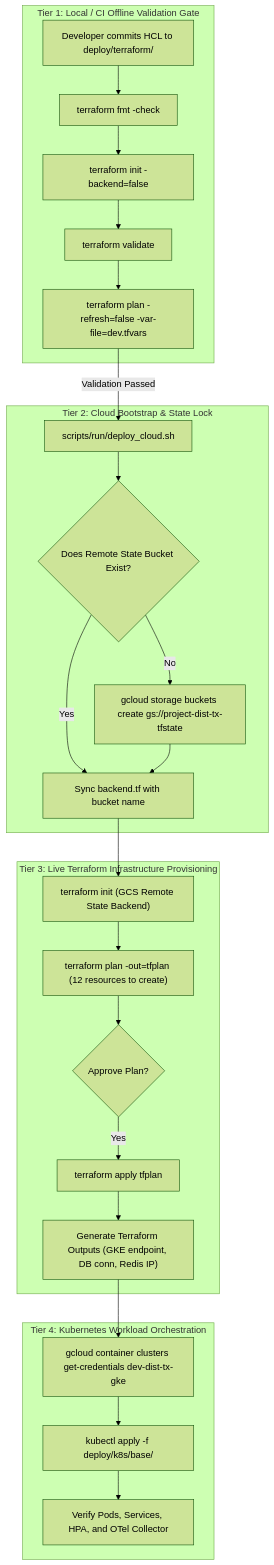
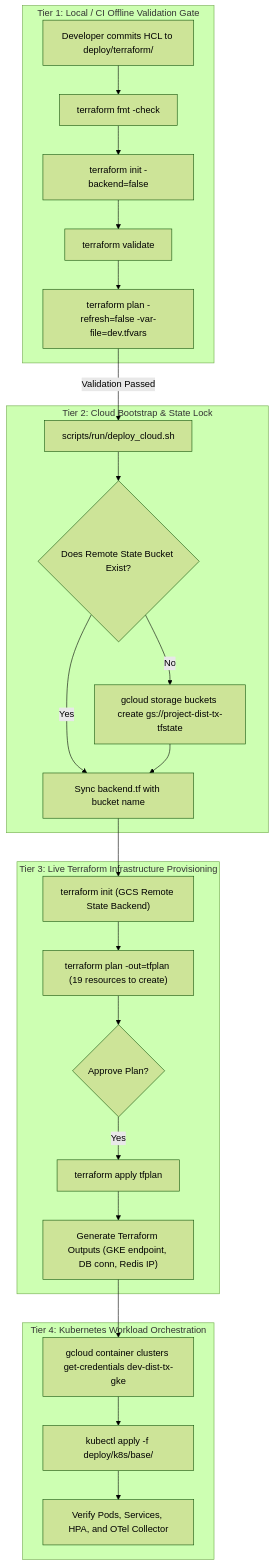
The third of 8 diagrams in docs/features/terraform/diagrams.md (Chief-Strategist-J/distributed-transaction-engine), drawn with Mermaid (forest theme) before and after one commit. The commit also changed other lines of this file and 2 other files, not shown here.

Commit message:
feat(terraform): add Cloud NAT, firewall rules hierarchy, NEGs, IAP bastion host, and comprehensive diagrams

````diff
--- a/docs/features/terraform/diagrams.md
+++ b/docs/features/terraform/diagrams.md
@@ -103,34 +103,34 @@
 ```mermaid
 graph TD
     subgraph "Tier 1: Local / CI Offline Validation Gate"
         CodeCommit["Developer commits HCL to deploy/terraform/"]
         FmtCheck["terraform fmt -check"]
         InitOffline["terraform init -backend=false"]
         Validate["terraform validate"]
         DryRunPlan["terraform plan -refresh=false -var-file=dev.tfvars"]
         
         CodeCommit --> FmtCheck --> InitOffline --> Validate --> DryRunPlan
     end
 
     subgraph "Tier 2: Cloud Bootstrap & State Lock"
         DryRunPlan -->|Validation Passed| RunBootstrap["scripts/run/deploy_cloud.sh"]
         RunBootstrap --> CheckBucket{"Does Remote State Bucket Exist?"}
         CheckBucket -->|No| CreateGCS["gcloud storage buckets create gs://project-dist-tx-tfstate"]
         CheckBucket -->|Yes| SyncBackend["Sync backend.tf with bucket name"]
         CreateGCS --> SyncBackend
     end
 
     subgraph "Tier 3: Live Terraform Infrastructure Provisioning"
         SyncBackend --> RealInit["terraform init (GCS Remote State Backend)"]
-        RealInit --> RealPlan["terraform plan -out=tfplan (12 resources to create)"]
+        RealInit --> RealPlan["terraform plan -out=tfplan (19 resources to create)"]
         RealPlan --> ManualApproval{"Approve Plan?"}
         ManualApproval -->|Yes| Apply["terraform apply tfplan"]
         Apply --> Output["Generate Terraform Outputs (GKE endpoint, DB conn, Redis IP)"]
     end
 
     subgraph "Tier 4: Kubernetes Workload Orchestration"
         Output --> GetCreds["gcloud container clusters get-credentials dev-dist-tx-gke"]
         GetCreds --> DeployK8s["kubectl apply -f deploy/k8s/base/"]
         DeployK8s --> HealthCheck["Verify Pods, Services, HPA, and OTel Collector"]
     end
 ```
````
